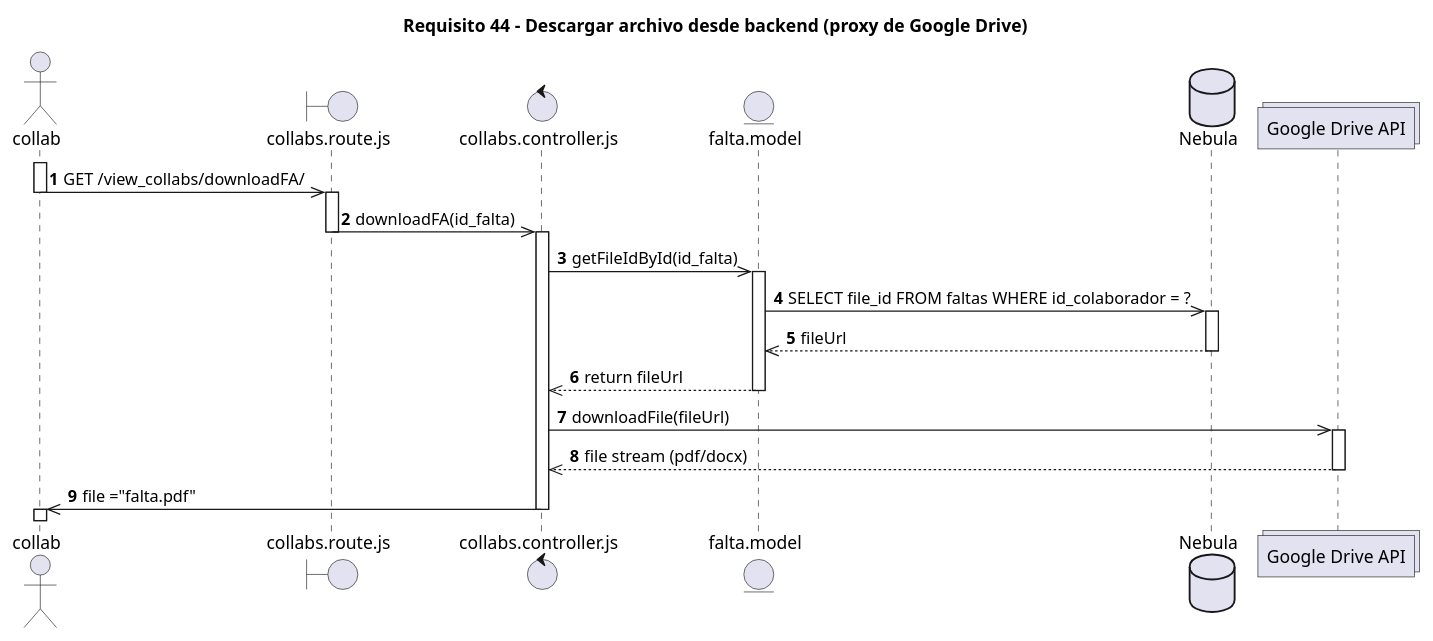
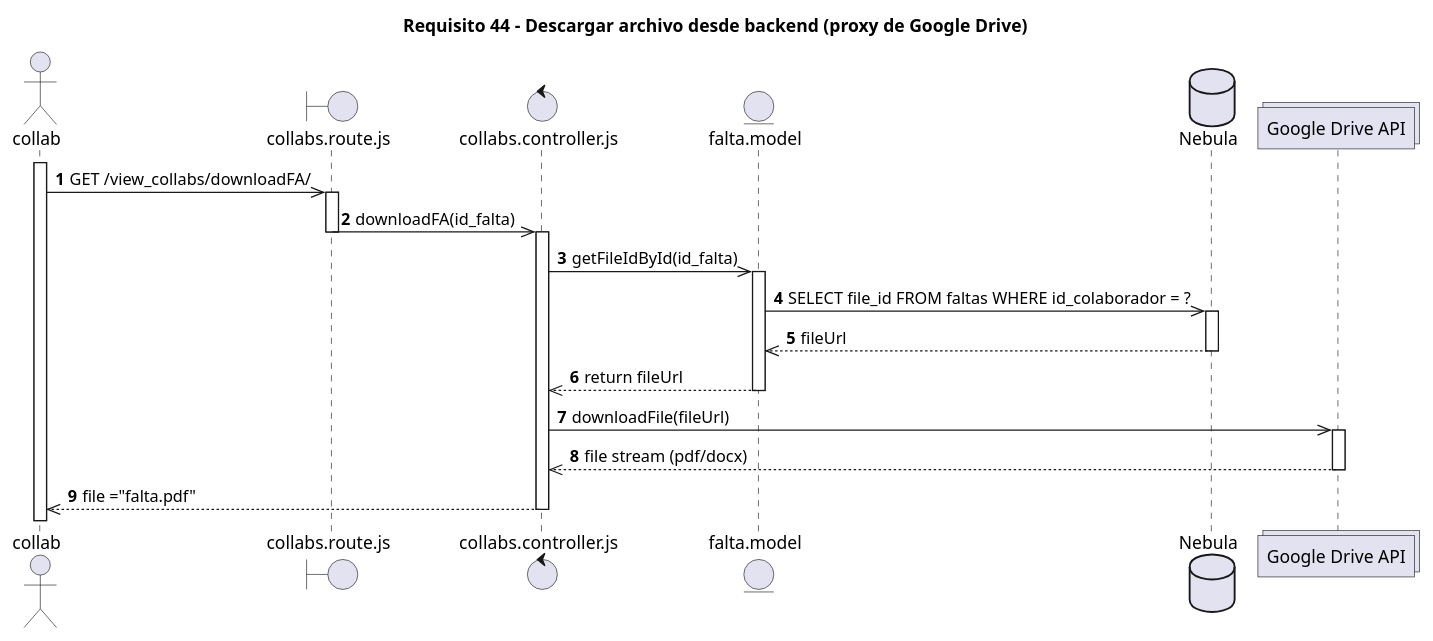
Before and after one commit to SALV19/Nebula_tc2005b: the diagram in diagramas_secuencia/req_44_download.puml, drawn with PlantUML. The commit also changed 1 other file, not shown here.

Commit message:
[UPDATE] Secuence Diagram

```diff
--- a/diagramas_secuencia/req_44_download.puml
+++ b/diagramas_secuencia/req_44_download.puml
@@ -1,42 +1,42 @@
 @startuml Req_44_Download_Backend
 title Requisito 44 - Descargar archivo desde backend (proxy de Google Drive)
 autonumber
 
 actor collab
 boundary collabs.route.js as collabRoute
 control collabs.controller.js as collabsController
 entity falta.model as collabModel
 database Nebula as nebula
 collections "Google Drive API" as Google
 
 activate collab
 collab ->> collabRoute : GET /view_collabs/downloadFA/
-deactivate collab
+
 
 activate collabRoute
 collabRoute ->> collabsController : downloadFA(id_falta)
 deactivate collabRoute
 
 activate collabsController
 collabsController ->> collabModel : getFileIdById(id_falta)
 
 activate collabModel
 collabModel ->> nebula : SELECT file_id FROM faltas WHERE id_colaborador = ?
 
 activate nebula
 nebula -->> collabModel : fileUrl
 deactivate nebula
 
 collabModel -->> collabsController : return fileUrl
 deactivate collabModel
 
 collabsController ->> Google : downloadFile(fileUrl)
 
 activate Google
 Google -->> collabsController : file stream (pdf/docx)
 deactivate Google
 
-collabsController ->> collab : file ="falta.pdf"
+collabsController -->> collab : file ="falta.pdf"
 deactivate collabsController
-activate collab
+
 @enduml
```
